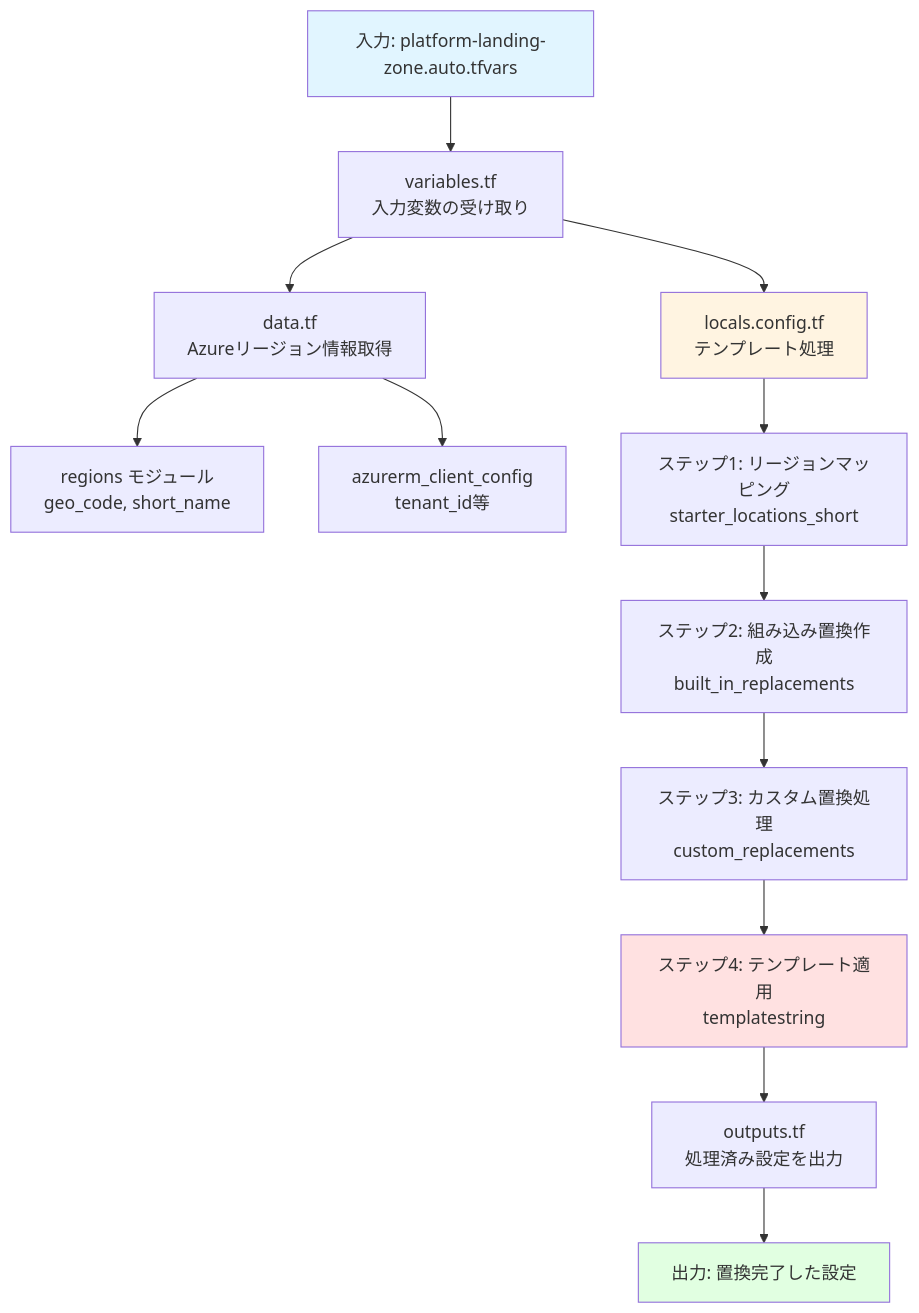
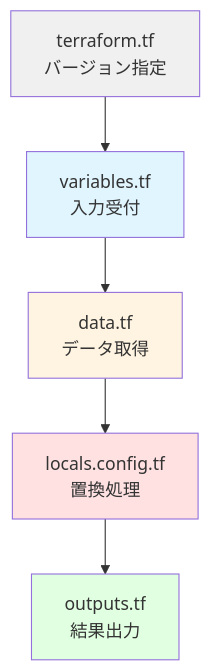
One commit to shuhei0720org01/alz-mgmt changed the first of 3 diagrams in docs-site/docs/06_設定テンプレート.md. Above: the diagram before and after it, drawn with Mermaid. The commit also changed other lines of this file and 3 other files, not shown here.

````diff
--- a/docs-site/docs/06_設定テンプレート.md
+++ b/docs-site/docs/06_設定テンプレート.md
@@ -22,24 +89,13 @@
 ```mermaid
 graph TB
-    A[入力: platform-landing-zone.auto.tfvars] --> B[variables.tf<br/>入力変数の受け取り]
+    A[terraform.tf<br/>バージョン指定] --> B[variables.tf<br/>入力受付]
+    B --> C[data.tf<br/>データ取得]
+    C --> D[locals.config.tf<br/>置換処理]
+    D --> E[outputs.tf<br/>結果出力]
     
-    B --> C[data.tf<br/>Azureリージョン情報取得]
-    B --> D[locals.config.tf<br/>テンプレート処理]
-    
-    C --> C1[regions モジュール<br/>geo_code, short_name]
-    C --> C2[azurerm_client_config<br/>tenant_id等]
-    
-    D --> D1[ステップ1: リージョンマッピング<br/>starter_locations_short]
-    D1 --> D2[ステップ2: 組み込み置換作成<br/>built_in_replacements]
-    D2 --> D3[ステップ3: カスタム置換処理<br/>custom_replacements]
-    D3 --> D4[ステップ4: テンプレート適用<br/>templatestring]
-    
-    D4 --> E[outputs.tf<br/>処理済み設定を出力]
-    
-    E --> F[出力: 置換完了した設定]
-    
-    style A fill:#e1f5ff
-    style F fill:#e1ffe1
-    style D fill:#fff4e1
-    style D4 fill:#ffe1e1
+    style A fill:#f0f0f0
+    style B fill:#e1f5ff
+    style C fill:#fff4e1
+    style D fill:#ffe1e1
+    style E fill:#e1ffe1
 ```
````
